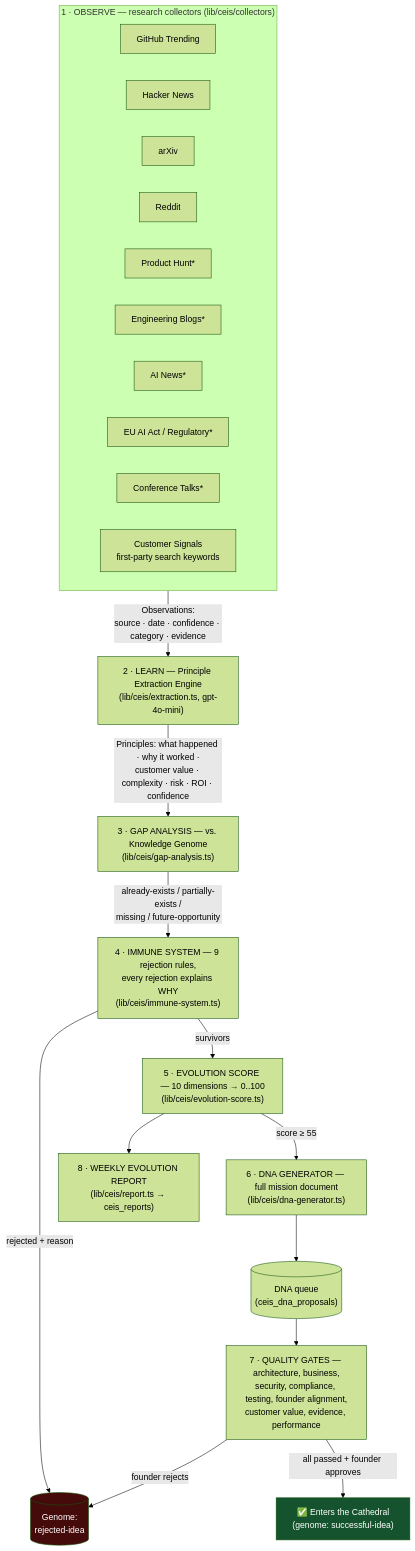
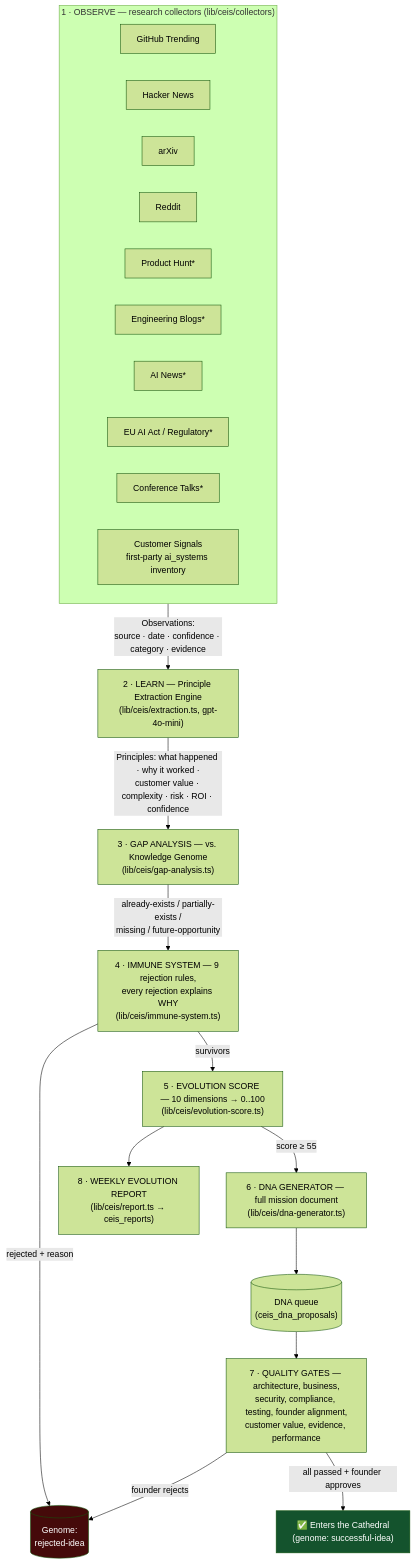
Before and after one commit to mininglife7-dev/newspulse-ai: the first of 2 diagrams in docs/CEIS.md, drawn with Mermaid (forest theme). The commit also changed other lines of this file and 2 other files, not shown here.

````diff
--- a/docs/CEIS.md
+++ b/docs/CEIS.md
@@ -23,42 +23,42 @@
 ```mermaid
 flowchart TD
     subgraph Observe["1 · OBSERVE — research collectors (lib/ceis/collectors)"]
         GH[GitHub Trending]
         HN[Hacker News]
         AX[arXiv]
         RD[Reddit]
         PH[Product Hunt*]
         EB[Engineering Blogs*]
         AN[AI News*]
         RG[EU AI Act / Regulatory*]
         CT[Conference Talks*]
-        CS[Customer Signals<br/>first-party search keywords]
+        CS[Customer Signals<br/>first-party ai_systems inventory]
     end
 
     Observe -->|Observations:<br/>source · date · confidence · category · evidence| EX
 
     EX["2 · LEARN — Principle Extraction Engine<br/>(lib/ceis/extraction.ts, gpt-4o-mini)"]
     EX -->|Principles: what happened · why it worked ·<br/>customer value · complexity · risk · ROI · confidence| GAP
 
     GAP["3 · GAP ANALYSIS — vs. Knowledge Genome<br/>(lib/ceis/gap-analysis.ts)"]
     GAP -->|already-exists / partially-exists /<br/>missing / future-opportunity| IMM
 
     IMM["4 · IMMUNE SYSTEM — 9 rejection rules,<br/>every rejection explains WHY<br/>(lib/ceis/immune-system.ts)"]
     IMM -->|rejected + reason| GEN2[(Genome:<br/>rejected-idea)]
     IMM -->|survivors| SCORE
 
     SCORE["5 · EVOLUTION SCORE — 10 dimensions → 0..100<br/>(lib/ceis/evolution-score.ts)"]
     SCORE -->|"score ≥ 55"| DNA
 
     DNA["6 · DNA GENERATOR — full mission document<br/>(lib/ceis/dna-generator.ts)"]
     DNA --> QUEUE[("DNA queue<br/>(ceis_dna_proposals)")]
 
     QUEUE --> GATES["7 · QUALITY GATES — architecture, business,<br/>security, compliance, testing, founder alignment,<br/>customer value, evidence, performance"]
     GATES -->|all passed + founder approves| CATHEDRAL["✅ Enters the Cathedral<br/>(genome: successful-idea)"]
     GATES -->|founder rejects| GEN2
 
     SCORE --> REPORT["8 · WEEKLY EVOLUTION REPORT<br/>(lib/ceis/report.ts → ceis_reports)"]
 
     style CATHEDRAL fill:#14532d,color:#fff
     style GEN2 fill:#450a0a,color:#fff
 ```
````
